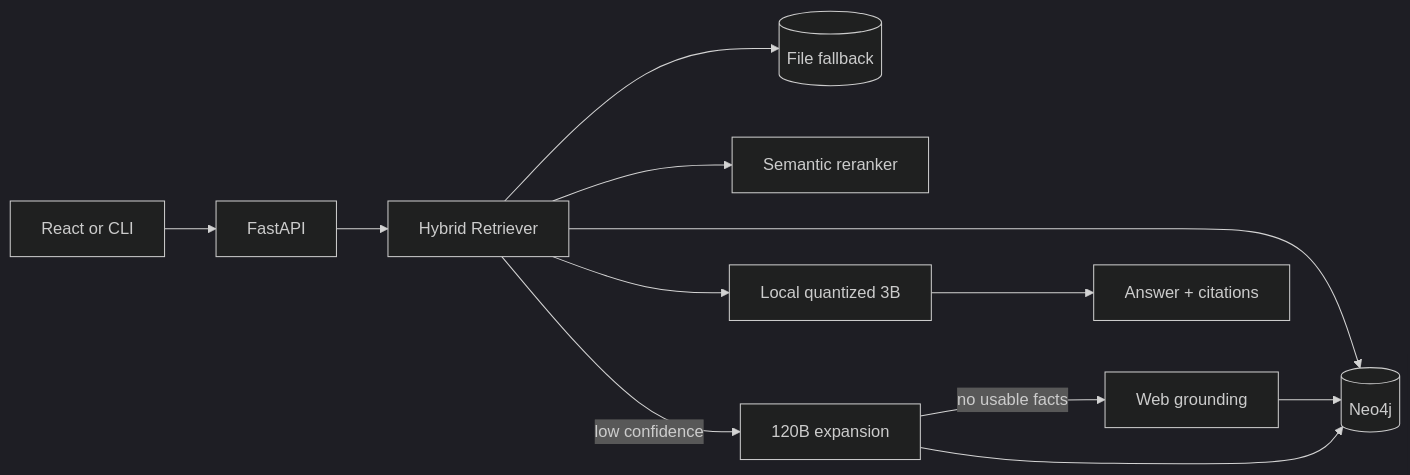
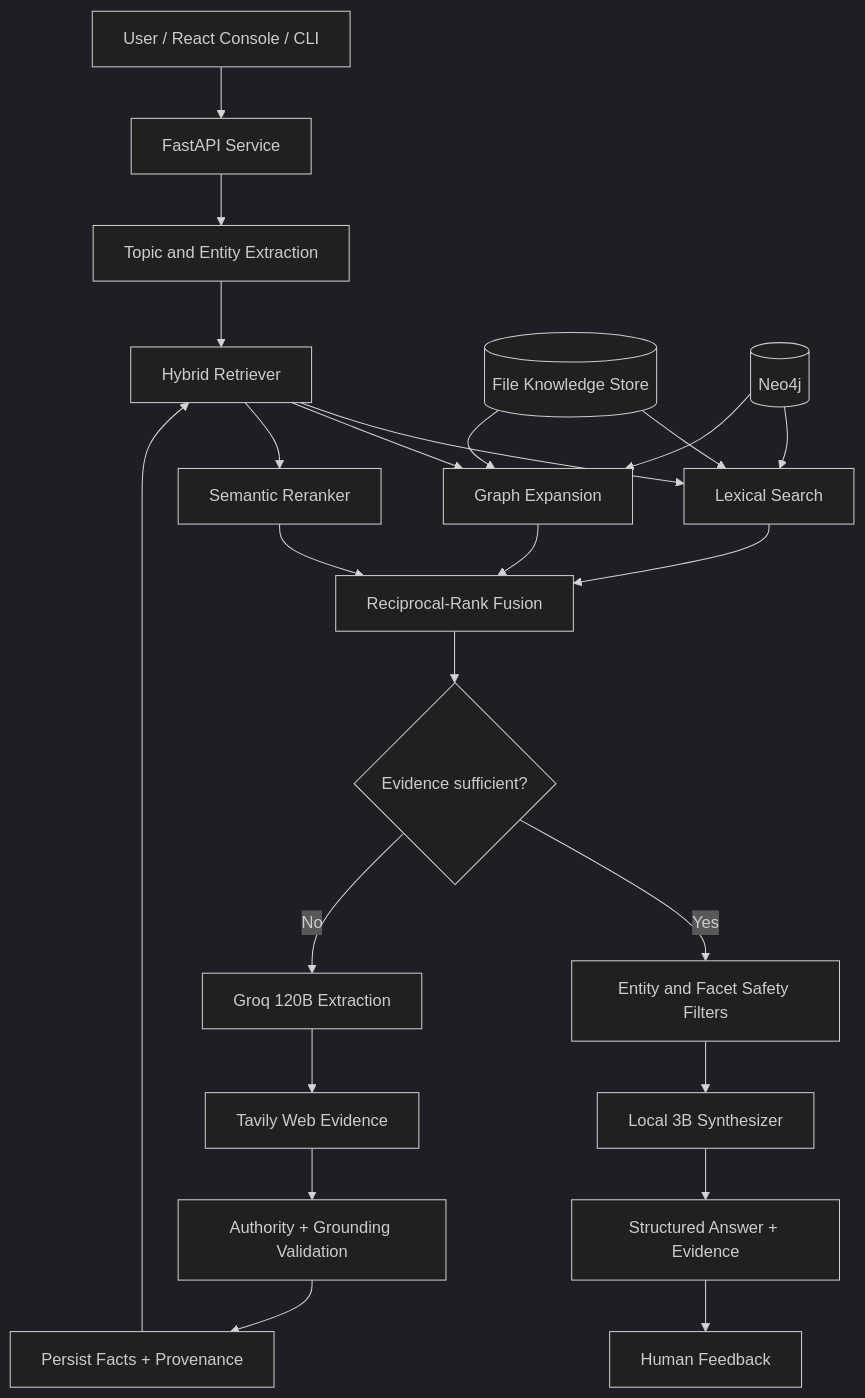
One commit to himanshu2005-tech/Agentic-Knowledge-Graph changed the diagram in README.md. Above: the diagram before and after it, drawn with Mermaid (dark theme). The commit also changed other lines of this file, not shown here.

````diff
--- a/README.md
+++ b/README.md
@@ -7,14 +103,31 @@
 ```mermaid
-flowchart LR
-  UI[React or CLI] --> API[FastAPI]
-  API --> R[Hybrid Retriever]
-  R --> N[(Neo4j)]
-  R --> F[(File fallback)]
-  R --> E[Semantic reranker]
-  R -->|low confidence| L[120B expansion]
-  L -->|no usable facts| W[Web grounding]
-  W --> N
-  L --> N
-  R --> S[Local quantized 3B]
-  S --> A[Answer + citations]
+flowchart TD
+    U[User / React Console / CLI] --> API[FastAPI Service]
+    API --> T[Topic and Entity Extraction]
+    T --> R[Hybrid Retriever]
+
+    R --> LEX[Lexical Search]
+    R --> GRAPH[Graph Expansion]
+    R --> SEM[Semantic Reranker]
+
+    LEX --> FUSION[Reciprocal-Rank Fusion]
+    GRAPH --> FUSION
+    SEM --> FUSION
+
+    FILE[(File Knowledge Store)] --> LEX
+    FILE --> GRAPH
+    NEO[(Neo4j)] --> LEX
+    NEO --> GRAPH
+
+    FUSION --> GATE{Evidence sufficient?}
+    GATE -->|Yes| FILTER[Entity and Facet Safety Filters]
+    GATE -->|No| CLOUD[Groq 120B Extraction]
+    CLOUD --> WEB[Tavily Web Evidence]
+    WEB --> VERIFY[Authority + Grounding Validation]
+    VERIFY --> STORE[Persist Facts + Provenance]
+    STORE --> R
+
+    FILTER --> LOCAL[Local 3B Synthesizer]
+    LOCAL --> ANSWER[Structured Answer + Evidence]
+    ANSWER --> FEEDBACK[Human Feedback]
 ```
````
